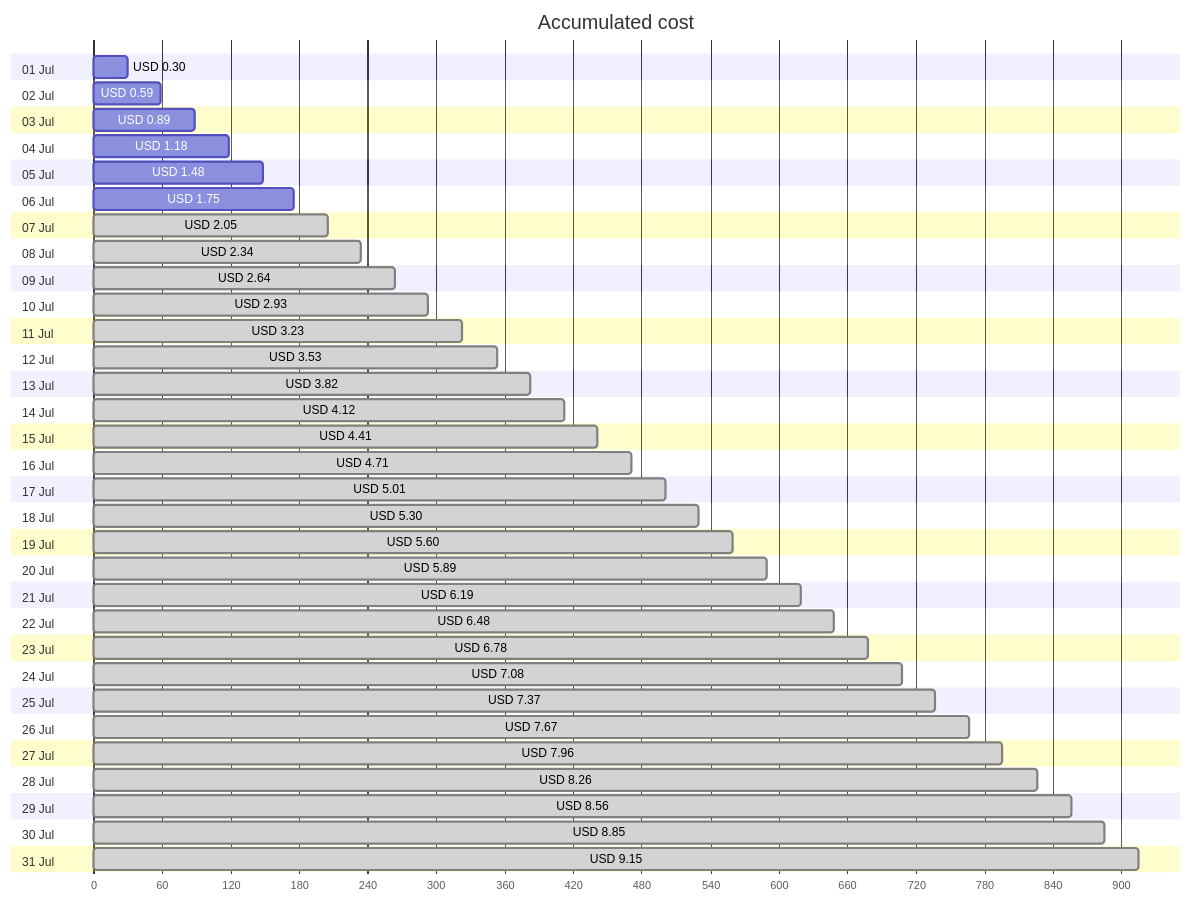
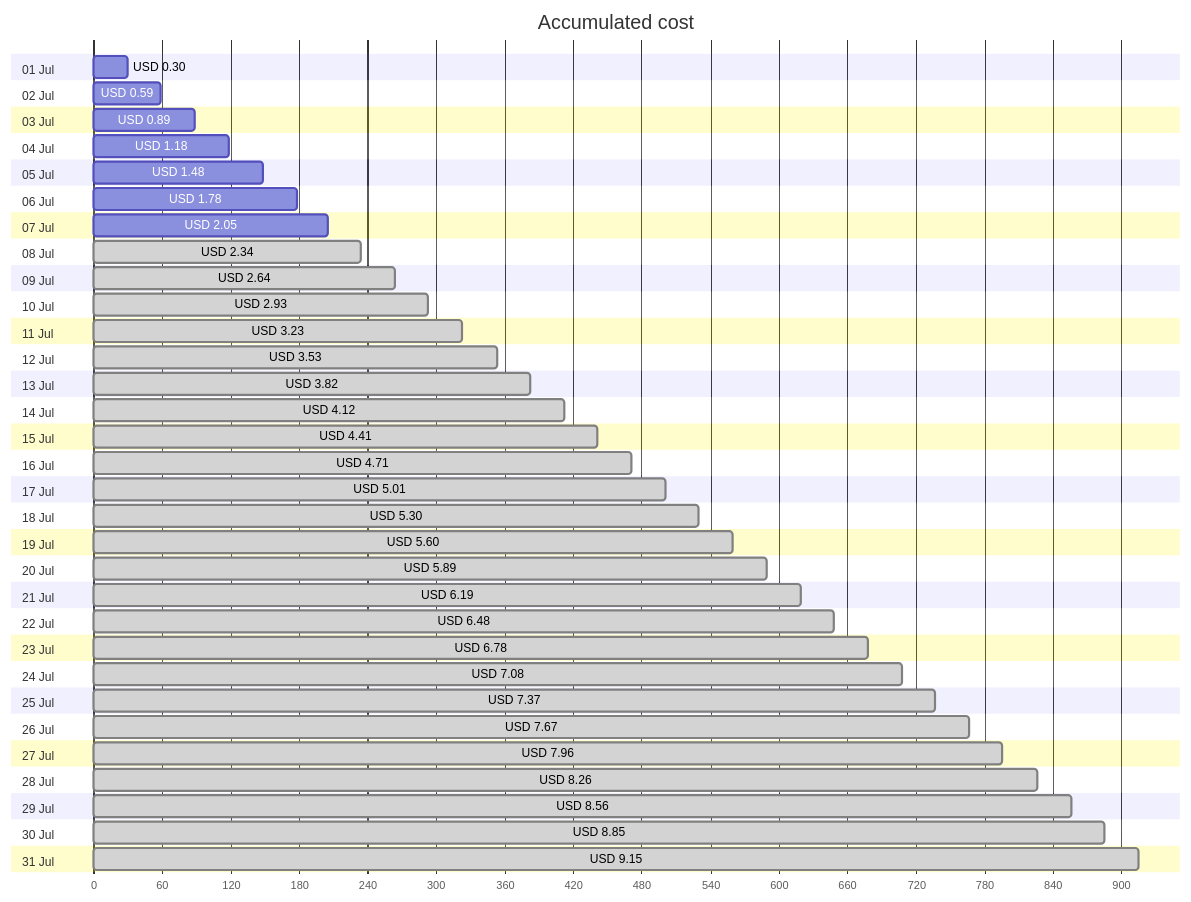
The first of 4 diagrams in cost-reports/personal-site/personal-site.md (jpfulton/azure-personal-reports), drawn with Mermaid before and after one commit. The commit also changed other lines of this file and 6 other files, not shown here.

````diff
--- a/cost-reports/personal-site/personal-site.md
+++ b/cost-reports/personal-site/personal-site.md
@@ -20,68 +20,68 @@
 ```mermaid
 gantt
    title Accumulated cost
    dateFormat  X
    axisFormat %s
    section 01 Jul
    USD 0.30 :0, 30
    section 02 Jul
    USD 0.59 :0, 59
    section 03 Jul
    USD 0.89 :0, 89
    section 04 Jul
    USD 1.18 :0, 118
    section 05 Jul
    USD 1.48 :0, 148
    section 06 Jul
-   USD 1.75 :0, 175
+   USD 1.78 :0, 178
    section 07 Jul
-   USD 2.05 : done, 0, 205
+   USD 2.05 :0, 205
    section 08 Jul
    USD 2.34 : done, 0, 234
    section 09 Jul
    USD 2.64 : done, 0, 264
    section 10 Jul
    USD 2.93 : done, 0, 293
    section 11 Jul
    USD 3.23 : done, 0, 323
    section 12 Jul
    USD 3.53 : done, 0, 353
    section 13 Jul
    USD 3.82 : done, 0, 382
    section 14 Jul
    USD 4.12 : done, 0, 412
    section 15 Jul
    USD 4.41 : done, 0, 441
    section 16 Jul
    USD 4.71 : done, 0, 471
    section 17 Jul
    USD 5.01 : done, 0, 501
    section 18 Jul
    USD 5.30 : done, 0, 530
    section 19 Jul
    USD 5.60 : done, 0, 560
    section 20 Jul
    USD 5.89 : done, 0, 589
    section 21 Jul
    USD 6.19 : done, 0, 619
    section 22 Jul
    USD 6.48 : done, 0, 648
    section 23 Jul
    USD 6.78 : done, 0, 678
    section 24 Jul
    USD 7.08 : done, 0, 708
    section 25 Jul
    USD 7.37 : done, 0, 737
    section 26 Jul
    USD 7.67 : done, 0, 767
    section 27 Jul
    USD 7.96 : done, 0, 796
    section 28 Jul
    USD 8.26 : done, 0, 826
    section 29 Jul
    USD 8.56 : done, 0, 856
    section 30 Jul
    USD 8.85 : done, 0, 885
    section 31 Jul
    USD 9.15 : done, 0, 915
 ```
````
